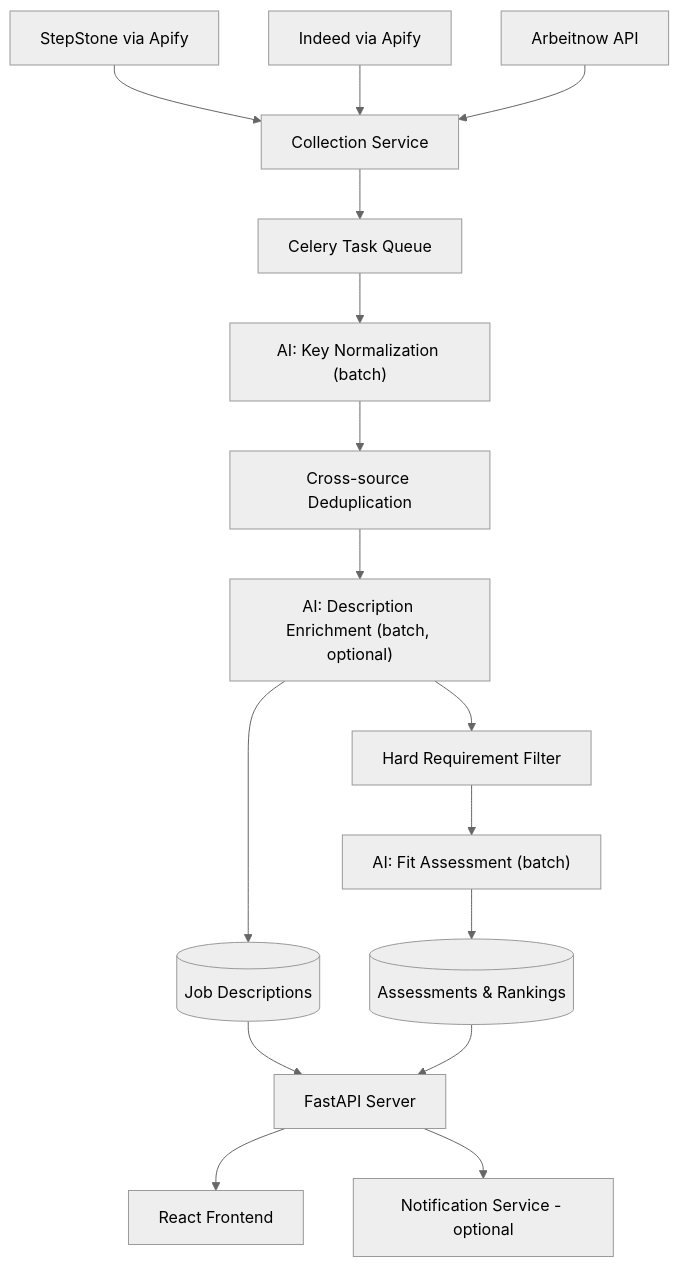
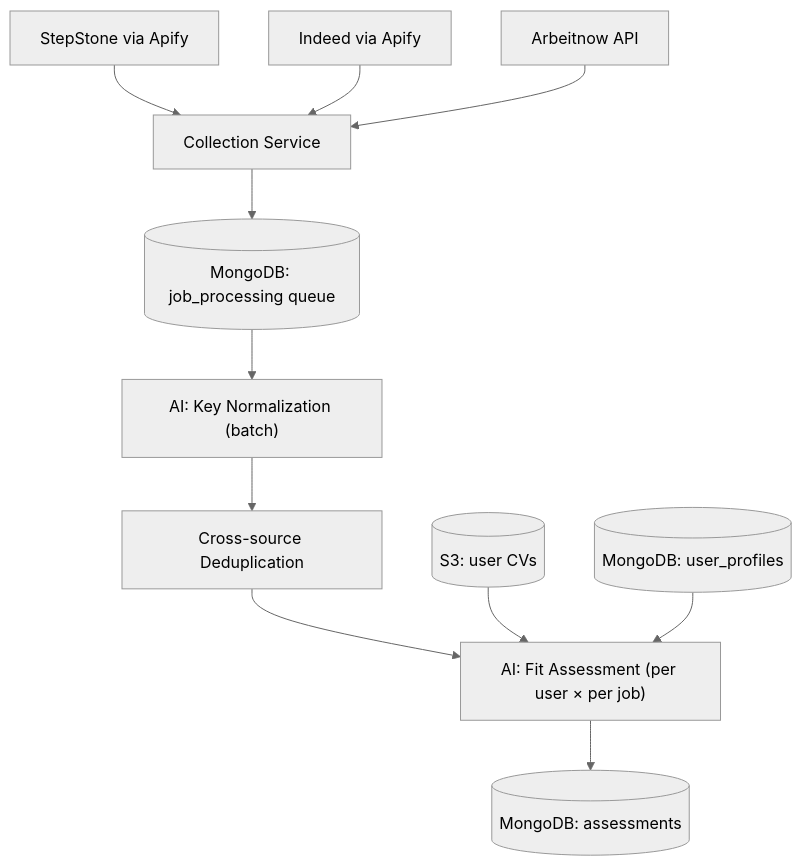
Before and after one commit to CShadiev/job-aggregator: the first of 2 diagrams in README.md, drawn with Mermaid (neutral theme). The commit also changed other lines of this file and 1 other file, not shown here.

````diff
--- a/README.md
+++ b/README.md
@@ -34,24 +33,17 @@
 ```mermaid
 flowchart TD
     SS[StepStone via Apify] --> COL[Collection Service]
     IN[Indeed via Apify] --> COL
     AN[Arbeitnow API] --> COL
 
-    COL --> Q[Celery Task Queue]
+    COL --> Q[(MongoDB: job_processing queue)]
 
     Q --> KN["AI: Key Normalization (batch)"]
     KN --> DD[Cross-source Deduplication]
-    DD --> ENR["AI: Description Enrichment (batch, optional)"]
+    DD --> AIFIT["AI: Fit Assessment (per user × per job)"]
 
-    ENR --> DB[(Job Descriptions)]
-    ENR --> FILT[Hard Requirement Filter]
+    AIFIT --> AS[(MongoDB: assessments)]
 
-    FILT --> AIFIT["AI: Fit Assessment (batch)"]
-    AIFIT --> AS[(Assessments & Rankings)]
-
-    DB --> API[FastAPI Server]
-    AS --> API
-
-    API --> FE[React Frontend]
-    API --> NS[Notification Service - optional]
+    S3[(S3: user CVs)] --> AIFIT
+    UP[(MongoDB: user_profiles)] --> AIFIT
 ```
````
